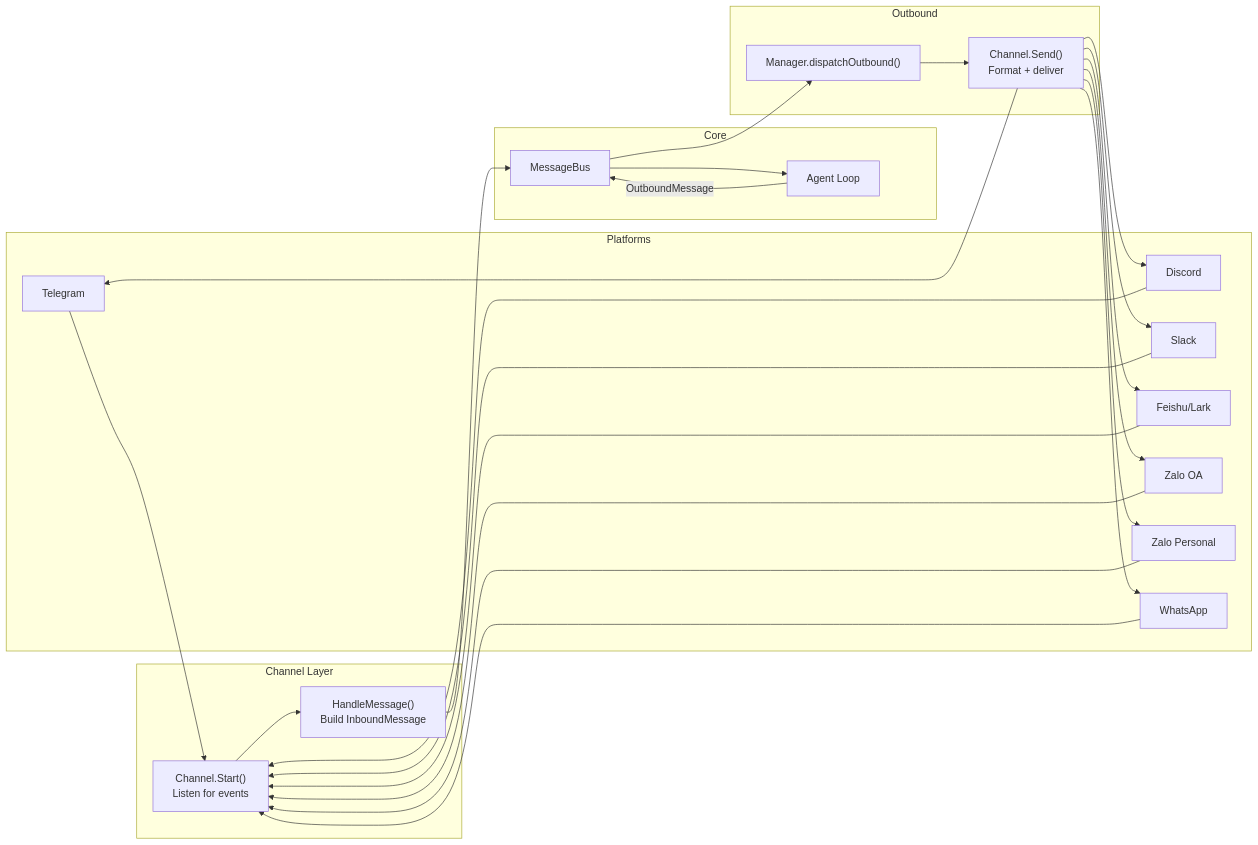
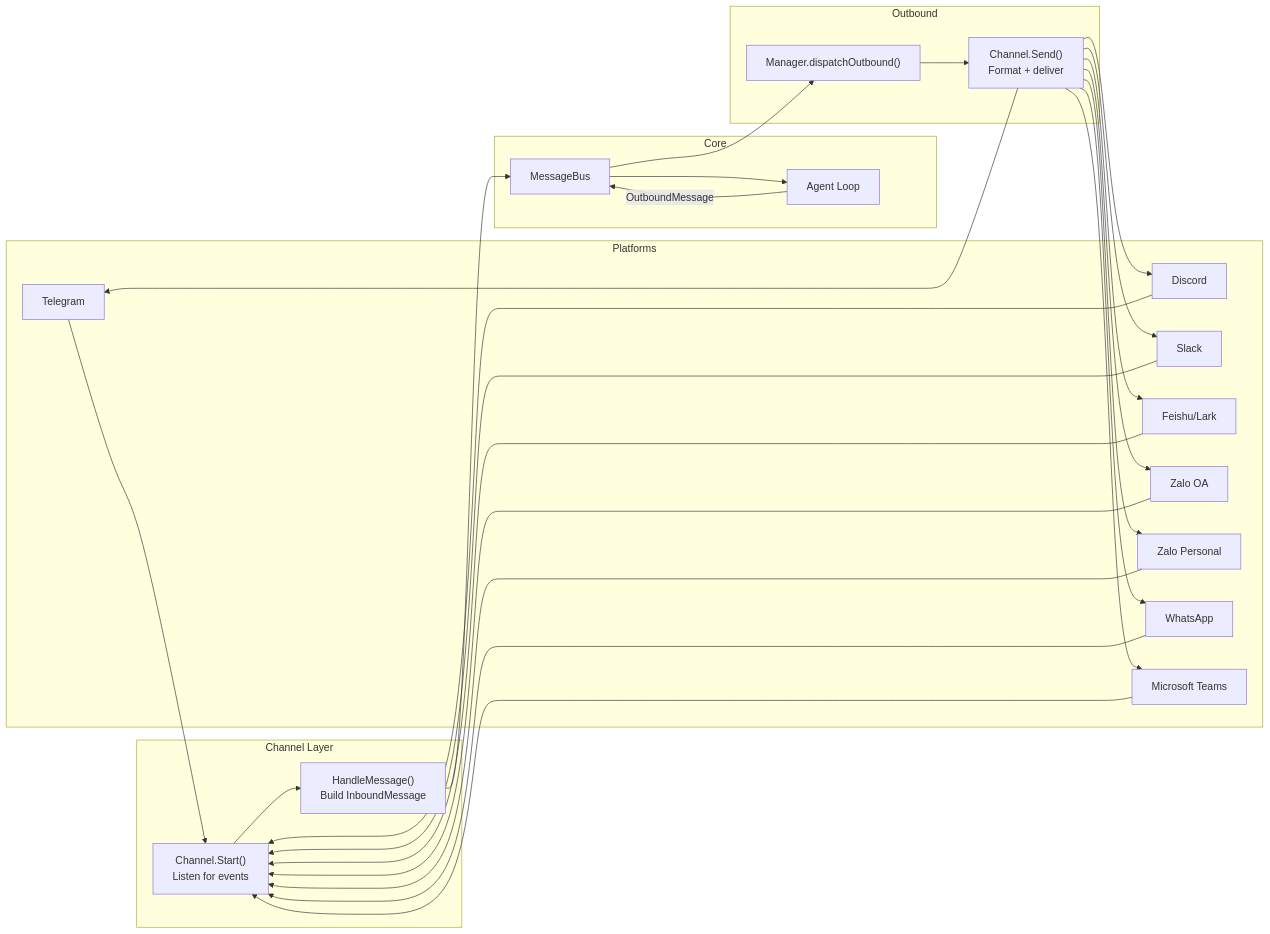
Before and after one commit to nextlevelbuilder/goclaw: the first of 11 diagrams in docs/05-channels-messaging.md, drawn with Mermaid. The commit also changed other lines of this file and 3 other files, not shown here.

````diff
--- a/docs/05-channels-messaging.md
+++ b/docs/05-channels-messaging.md
@@ -9,48 +9,51 @@
 ```mermaid
 flowchart LR
     subgraph Platforms
         TG["Telegram"]
         DC["Discord"]
         SL["Slack"]
         FS["Feishu/Lark"]
         ZL["Zalo OA"]
         ZLP["Zalo Personal"]
         WA["WhatsApp"]
+        TM["Microsoft Teams"]
     end
 
     subgraph "Channel Layer"
         CH["Channel.Start()<br/>Listen for events"]
         HM["HandleMessage()<br/>Build InboundMessage"]
     end
 
     subgraph Core
         BUS["MessageBus"]
         AGENT["Agent Loop"]
     end
 
     subgraph Outbound
         DISPATCH["Manager.dispatchOutbound()"]
         SEND["Channel.Send()<br/>Format + deliver"]
     end
 
     TG --> CH
     DC --> CH
     SL --> CH
     FS --> CH
     ZL --> CH
     ZLP --> CH
     WA --> CH
+    TM --> CH
     CH --> HM
     HM --> BUS
     BUS --> AGENT
     AGENT -->|OutboundMessage| BUS
     BUS --> DISPATCH
     DISPATCH --> SEND
     SEND --> TG
     SEND --> DC
     SEND --> SL
     SEND --> FS
     SEND --> ZL
     SEND --> ZLP
     SEND --> WA
+    SEND --> TM
 ```
````
